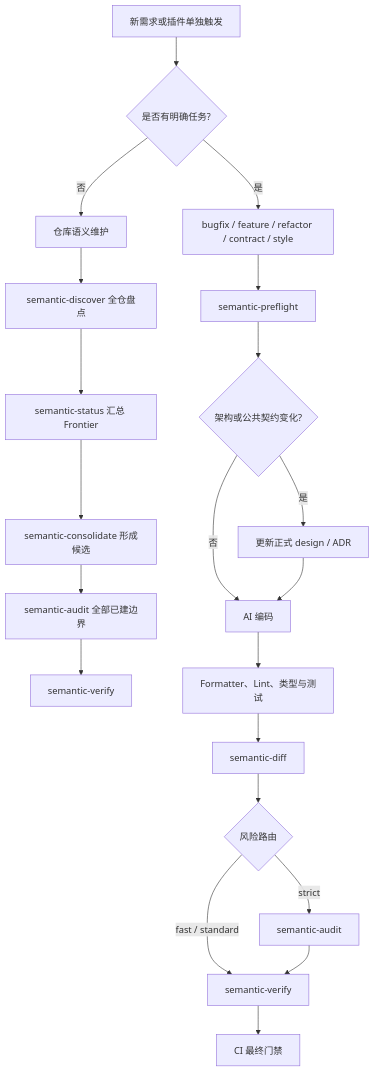
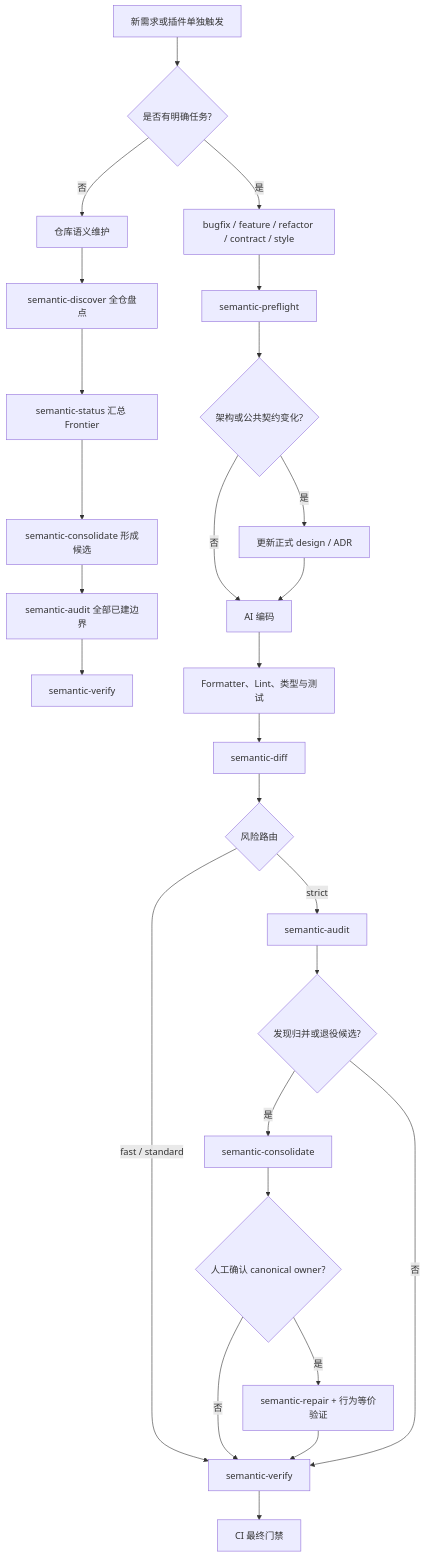
Before and after one commit to EchoYue-lp/echo-semantic: the second of 2 diagrams in README.md, drawn with Mermaid. The commit also changed other lines of this file and 38 other files, not shown here.

````diff
--- a/README.md
+++ b/README.md
@@ -78,23 +78,29 @@
 ```mermaid
 flowchart TD
   Request[新需求或插件单独触发] --> Scope{是否有明确任务?}
   Scope -- 否 --> Maintenance[仓库语义维护]
   Scope -- 是 --> Classify[bugfix / feature / refactor / contract / style]
   Classify --> Preflight[semantic-preflight]
   Maintenance --> DiscoverAll[semantic-discover 全仓盘点]
   DiscoverAll --> StatusAll[semantic-status 汇总 Frontier]
   StatusAll --> ConsolidateAll[semantic-consolidate 形成候选]
   ConsolidateAll --> AuditAll[semantic-audit 全部已建边界]
   AuditAll --> VerifyAll[semantic-verify]
   Preflight --> DesignGate{架构或公共契约变化?}
   DesignGate -- 是 --> Authority[更新正式 design / ADR]
   DesignGate -- 否 --> Coding[AI 编码]
   Authority --> Coding
   Coding --> Engineering[Formatter、Lint、类型与测试]
   Engineering --> Diff[semantic-diff]
   Diff --> Risk{风险路由}
   Risk -- fast / standard --> Verify[semantic-verify]
   Risk -- strict --> Audit[semantic-audit]
-  Audit --> Verify
+  Audit --> Candidate{发现归并或退役候选?}
+  Candidate -- 是 --> Consolidate[semantic-consolidate]
+  Consolidate --> Decision{人工确认 canonical owner?}
+  Decision -- 是 --> Repair[semantic-repair + 行为等价验证]
+  Decision -- 否 --> Verify
+  Repair --> Verify
+  Candidate -- 否 --> Verify
   Verify --> CI[CI 最终门禁]
 ```
````
